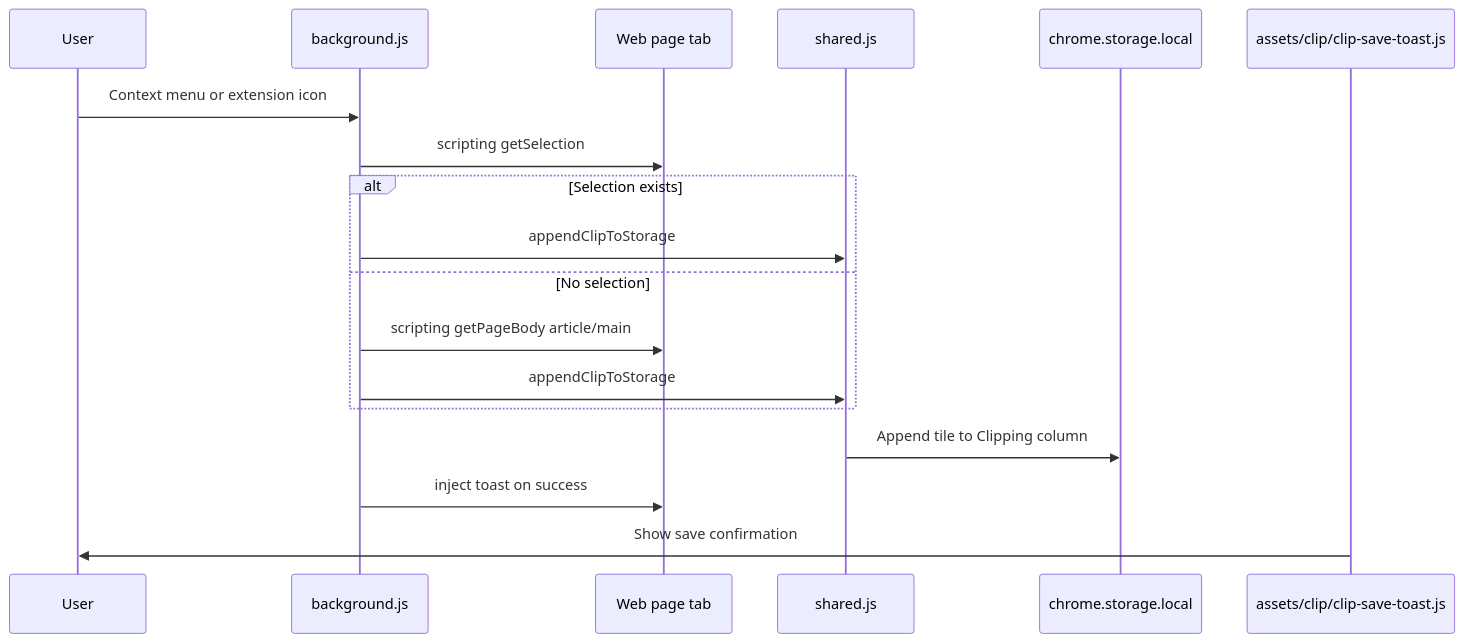
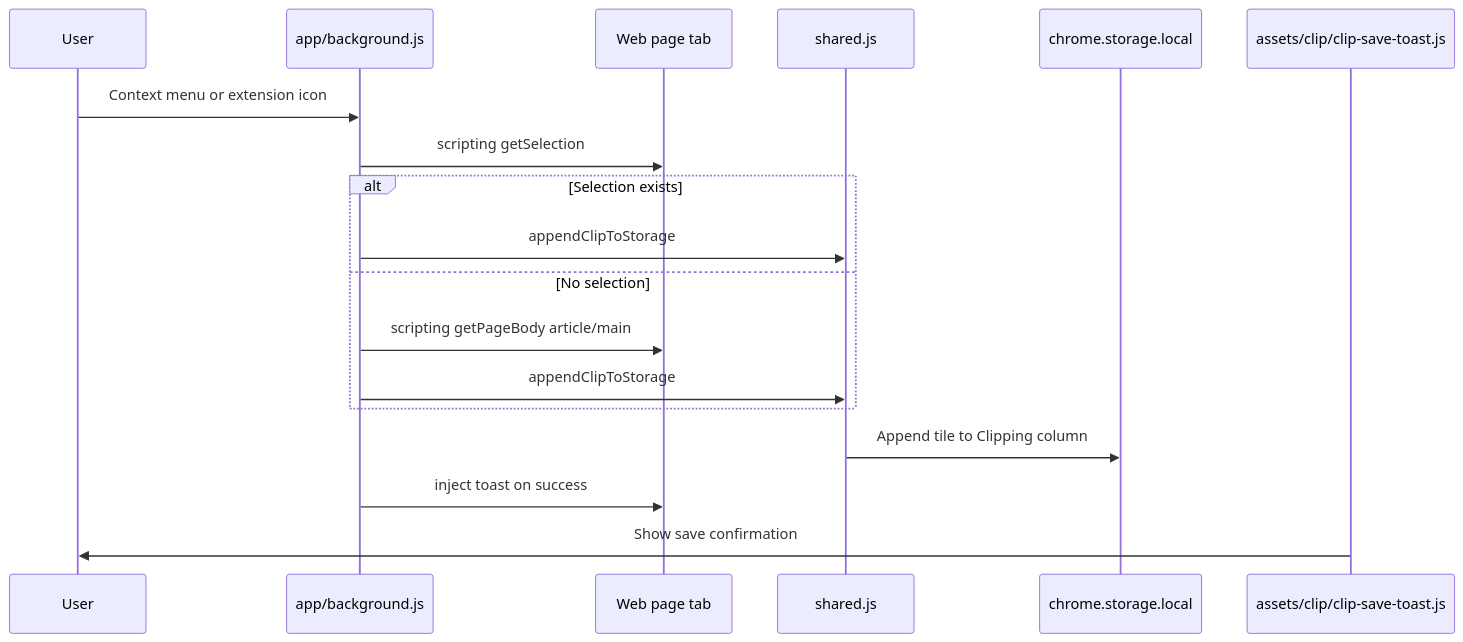
Before and after one commit to ktaishi/chrome_newtab_prompt_columns: the fourth of 5 diagrams in README.md, drawn with Mermaid. The commit also changed other lines of this file and 3 other files, not shown here.

````diff
--- a/README.md
+++ b/README.md
@@ -179,21 +179,21 @@
 ```mermaid
 sequenceDiagram
   participant User
-  participant BG as background.js
+  participant BG as app/background.js
   participant Tab as Web page tab
   participant Shared as shared.js
   participant Store as chrome.storage.local
   participant Toast as assets/clip/clip-save-toast.js
 
   User->>BG: Context menu or extension icon
   BG->>Tab: scripting getSelection
   alt Selection exists
     BG->>Shared: appendClipToStorage
   else No selection
     BG->>Tab: scripting getPageBody article/main
     BG->>Shared: appendClipToStorage
   end
   Shared->>Store: Append tile to Clipping column
   BG->>Tab: inject toast on success
   Toast->>User: Show save confirmation
 ```
````
